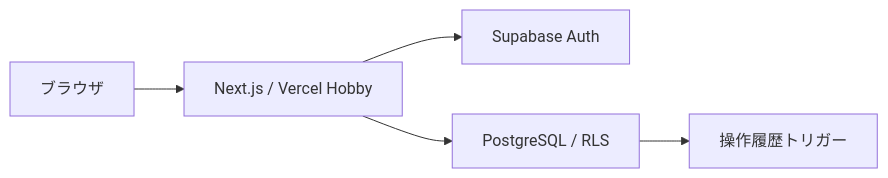
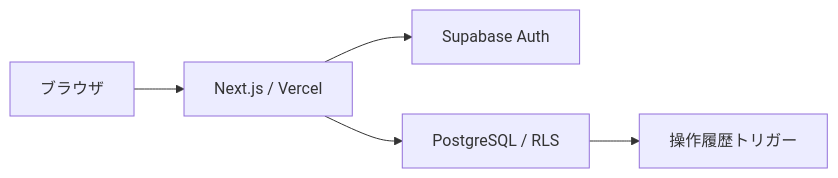
Before and after one commit to kiyohara1021/project-hub: the first of 2 diagrams in docs/specification.md, drawn with Mermaid. The commit also changed other lines of this file and 33 other files, not shown here.

````diff
--- a/docs/specification.md
+++ b/docs/specification.md
@@ -24,7 +51,7 @@
 ```mermaid
 flowchart LR
- B[ブラウザ] --> N[Next.js / Vercel Hobby]
+ B[ブラウザ] --> N[Next.js / Vercel]
  N --> A[Supabase Auth]
  N --> D[PostgreSQL / RLS]
  D --> L[操作履歴トリガー]
 ```
````
